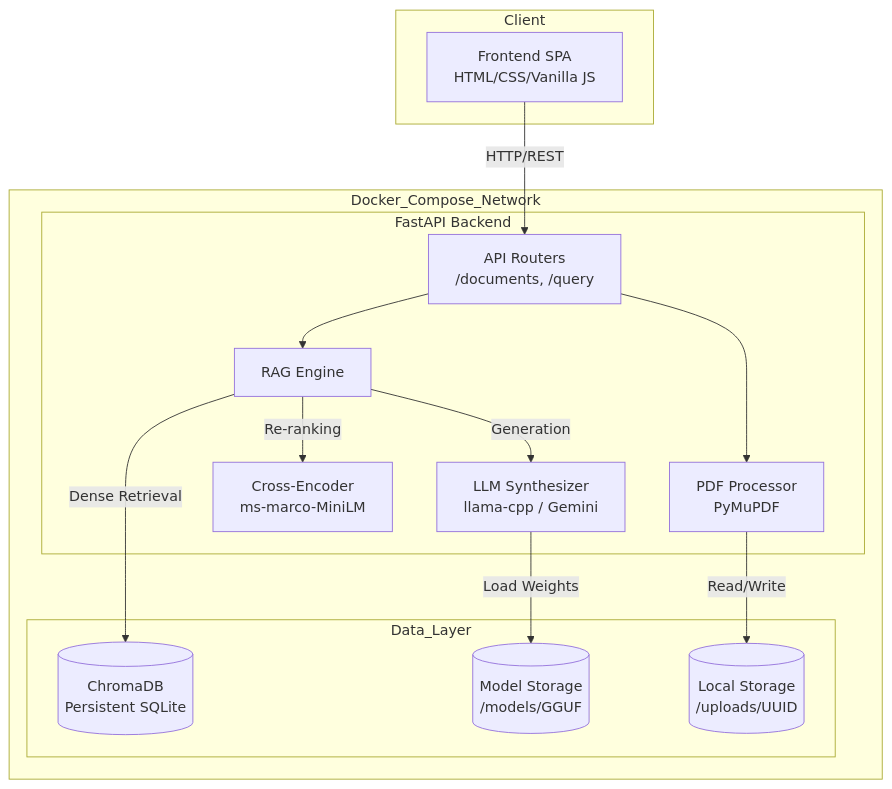
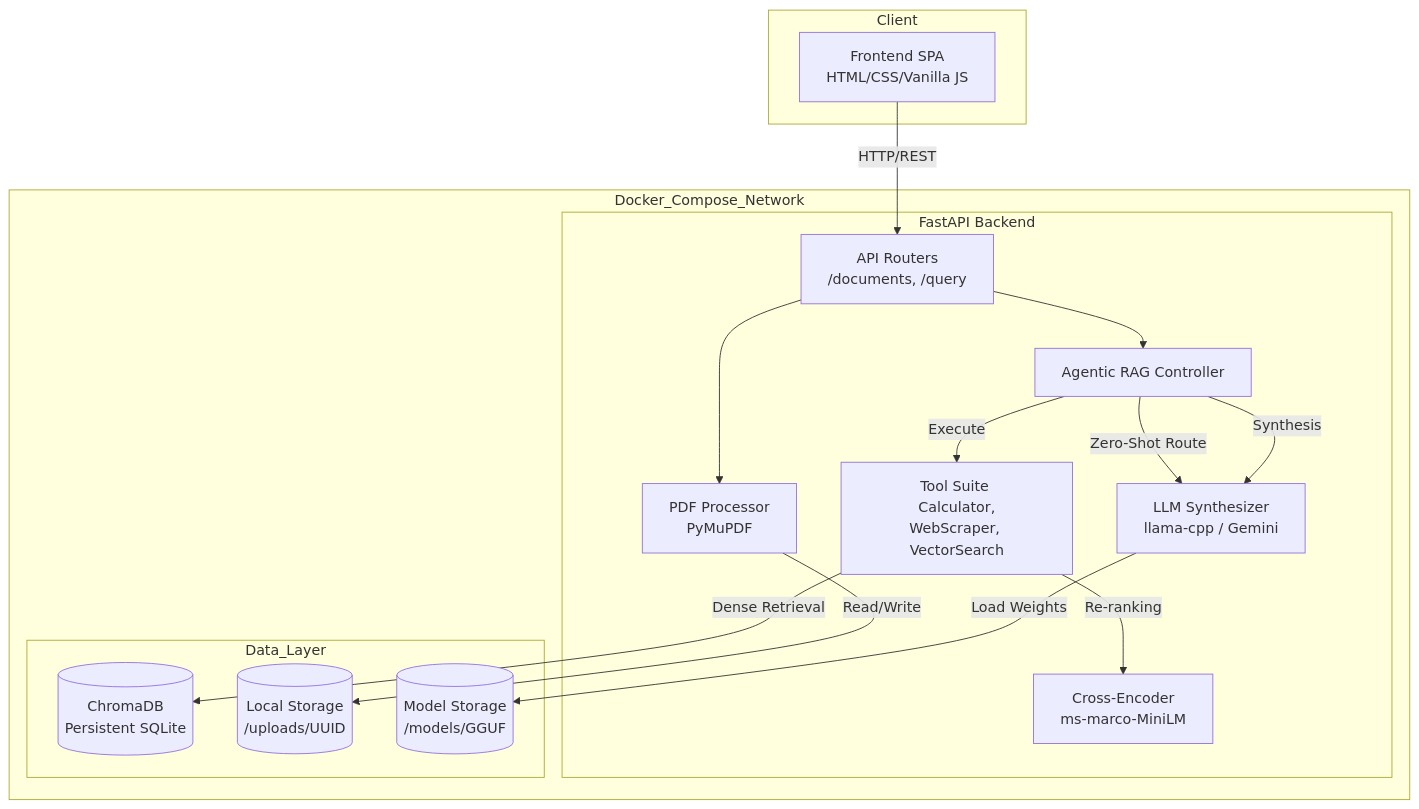
One commit to benny-daniel6/LexAI-Legal-RAG changed the first of 2 diagrams in README.md. Above: the diagram before and after it, drawn with Mermaid. The commit also changed other lines of this file, not shown here.

Commit message:
docs: Update README to highlight Agentic RAG features

````diff
--- a/README.md
+++ b/README.md
@@ -13,31 +26,34 @@
 ```mermaid
 graph TD
     subgraph Client
         UI[Frontend SPA <br> HTML/CSS/Vanilla JS]
     end
 
     subgraph Docker_Compose_Network
         subgraph FastAPI_Backend [FastAPI Backend]
             Router[API Routers <br> /documents, /query]
-            Engine[RAG Engine]
+            Agent[Agentic RAG Controller]
+            Tools[Tool Suite <br> Calculator, WebScraper, VectorSearch]
             Synthesizer[LLM Synthesizer <br> llama-cpp / Gemini]
             CrossEnc[Cross-Encoder <br> ms-marco-MiniLM]
             PDFProc[PDF Processor <br> PyMuPDF]
         end
         
         subgraph Data_Layer
             VectorDB[(ChromaDB <br> Persistent SQLite)]
             FileSystem[(Local Storage <br> /uploads/UUID)]
             ModelRegistry[(Model Storage <br> /models/GGUF)]
         end
     end
 
     UI -- HTTP/REST --> Router
-    Router --> Engine
+    Router --> Agent
+    Agent -- Zero-Shot Route --> Synthesizer
+    Agent -- Execute --> Tools
+    Tools -- Dense Retrieval --> VectorDB
+    Tools -- Re-ranking --> CrossEnc
+    Agent -- Synthesis --> Synthesizer
     Router --> PDFProc
-    Engine -- Dense Retrieval --> VectorDB
-    Engine -- Re-ranking --> CrossEnc
-    Engine -- Generation --> Synthesizer
     PDFProc -- Read/Write --> FileSystem
     Synthesizer -- Load Weights --> ModelRegistry
 ```
````
